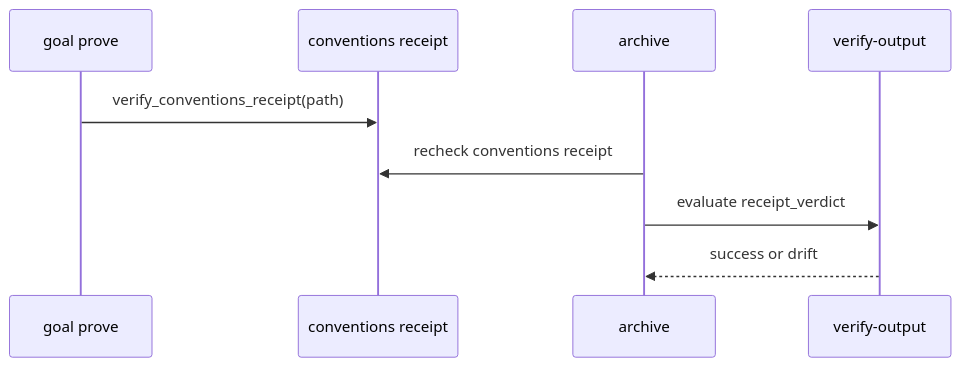
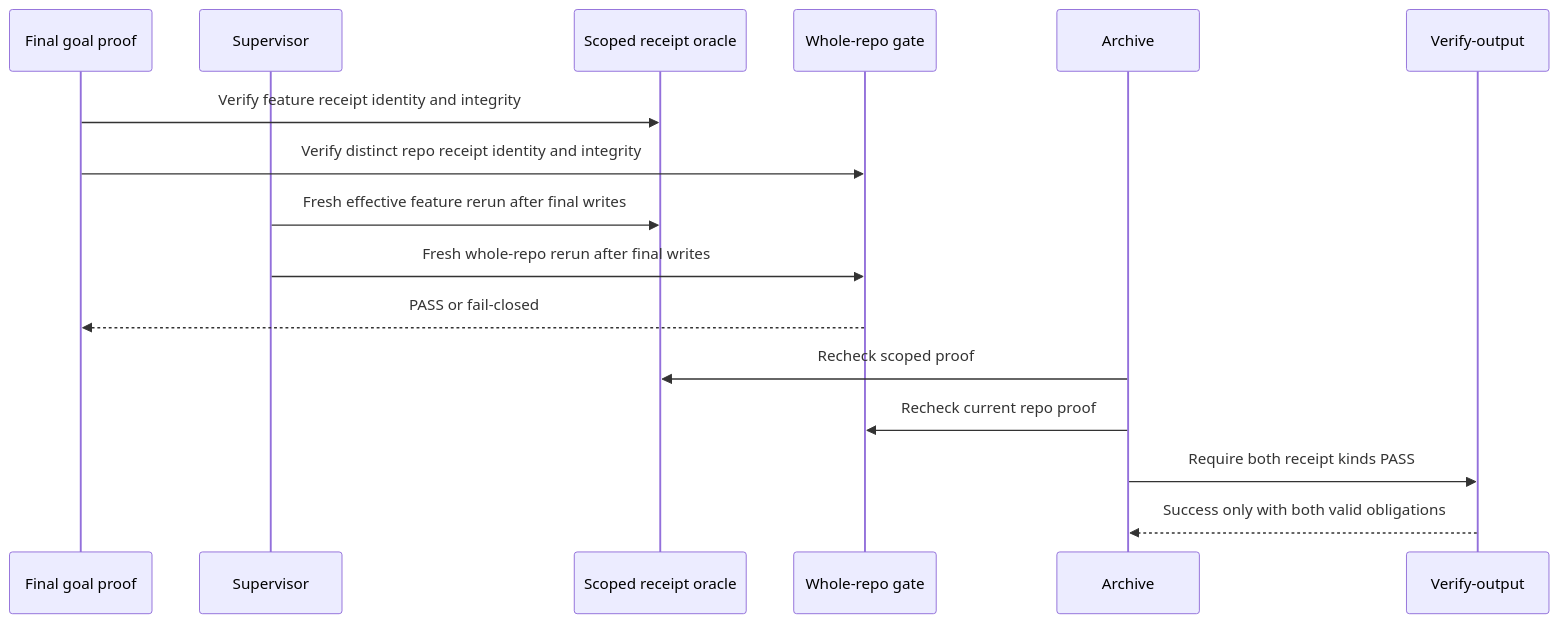
Before and after one commit to julien-m/livespec: the first of 2 diagrams in .specs/features/063-conventions-blocking-pipeline/plan.md, drawn with Mermaid. The commit also changed other lines of this file and 1391 other files, not shown here.

````diff
--- a/.specs/features/063-conventions-blocking-pipeline/plan.md
+++ b/.specs/features/063-conventions-blocking-pipeline/plan.md
@@ -45,11 +46,18 @@
 ```mermaid
 sequenceDiagram
-    participant G as goal prove
-    participant C as conventions receipt
-    participant A as archive
-    participant V as verify-output
-    G->>C: verify_conventions_receipt(path)
-    A->>C: recheck conventions receipt
-    A->>V: evaluate receipt_verdict
-    V-->>A: success or drift
+    participant G as Final goal proof
+    participant S as Supervisor
+    participant C as Scoped receipt oracle
+    participant R as Whole-repo gate
+    participant A as Archive
+    participant V as Verify-output
+    G->>C: Verify feature receipt identity and integrity
+    G->>R: Verify distinct repo receipt identity and integrity
+    S->>C: Fresh effective feature rerun after final writes
+    S->>R: Fresh whole-repo rerun after final writes
+    R-->>G: PASS or fail-closed
+    A->>C: Recheck scoped proof
+    A->>R: Recheck current repo proof
+    A->>V: Require both receipt kinds PASS
+    V-->>A: Success only with both valid obligations
 ```
````
